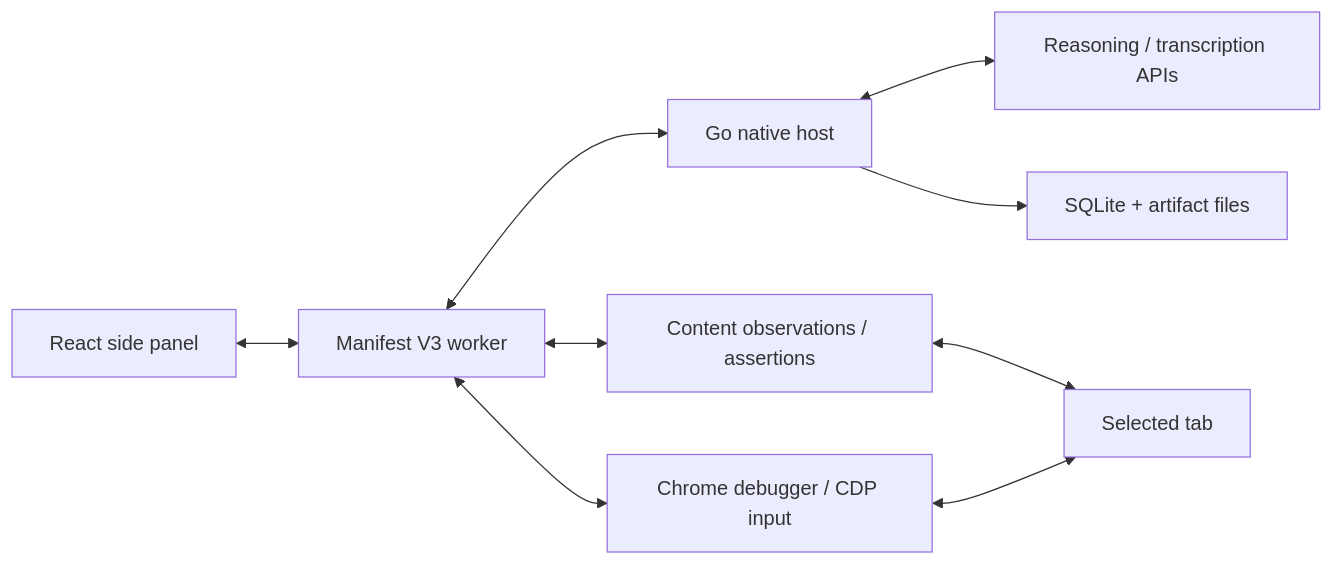
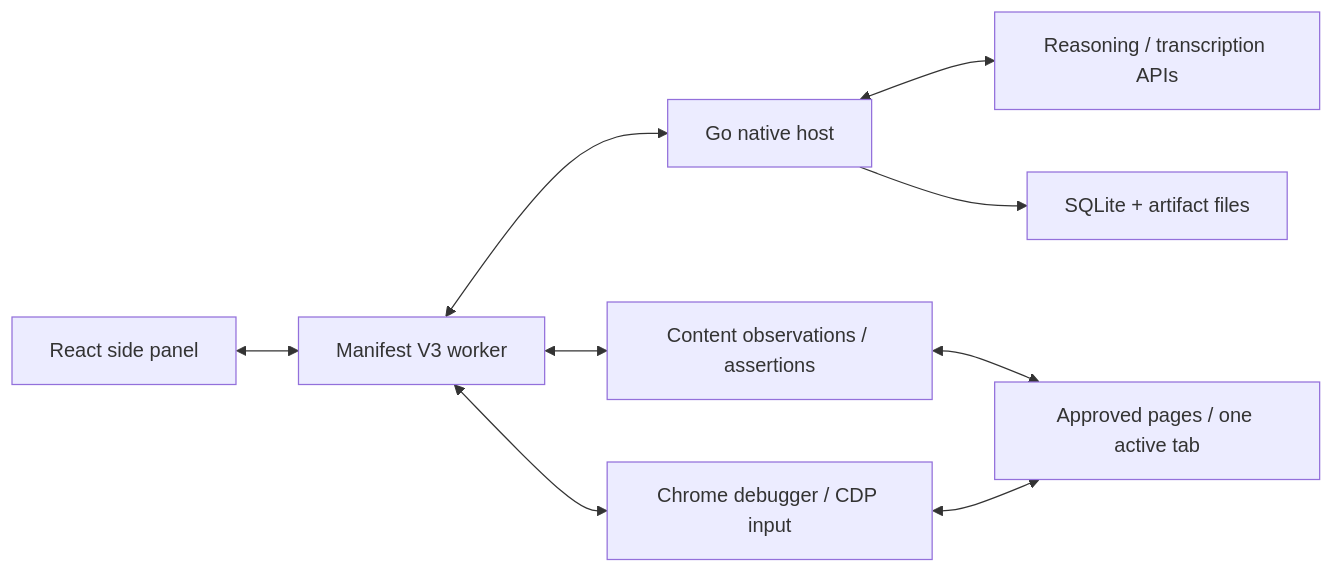
One commit to prembharne/VoiceQA changed the diagram in docs/ARCHITECTURE.md. Above: the diagram before and after it, drawn with Mermaid. The commit also changed other lines of this file and 39 other files, not shown here.

````diff
--- a/docs/ARCHITECTURE.md
+++ b/docs/ARCHITECTURE.md
@@ -3,11 +3,11 @@
 ```mermaid
 flowchart LR
   P[React side panel] <--> W[Manifest V3 worker]
   W <--> N[Go native host]
   N <--> M[Reasoning / transcription APIs]
   N --> D[SQLite + artifact files]
   W <--> C[Content observations / assertions]
   W <--> B[Chrome debugger / CDP input]
-  C <--> T[Selected tab]
+  C <--> T[Approved pages / one active tab]
   B <--> T
 ```
````
